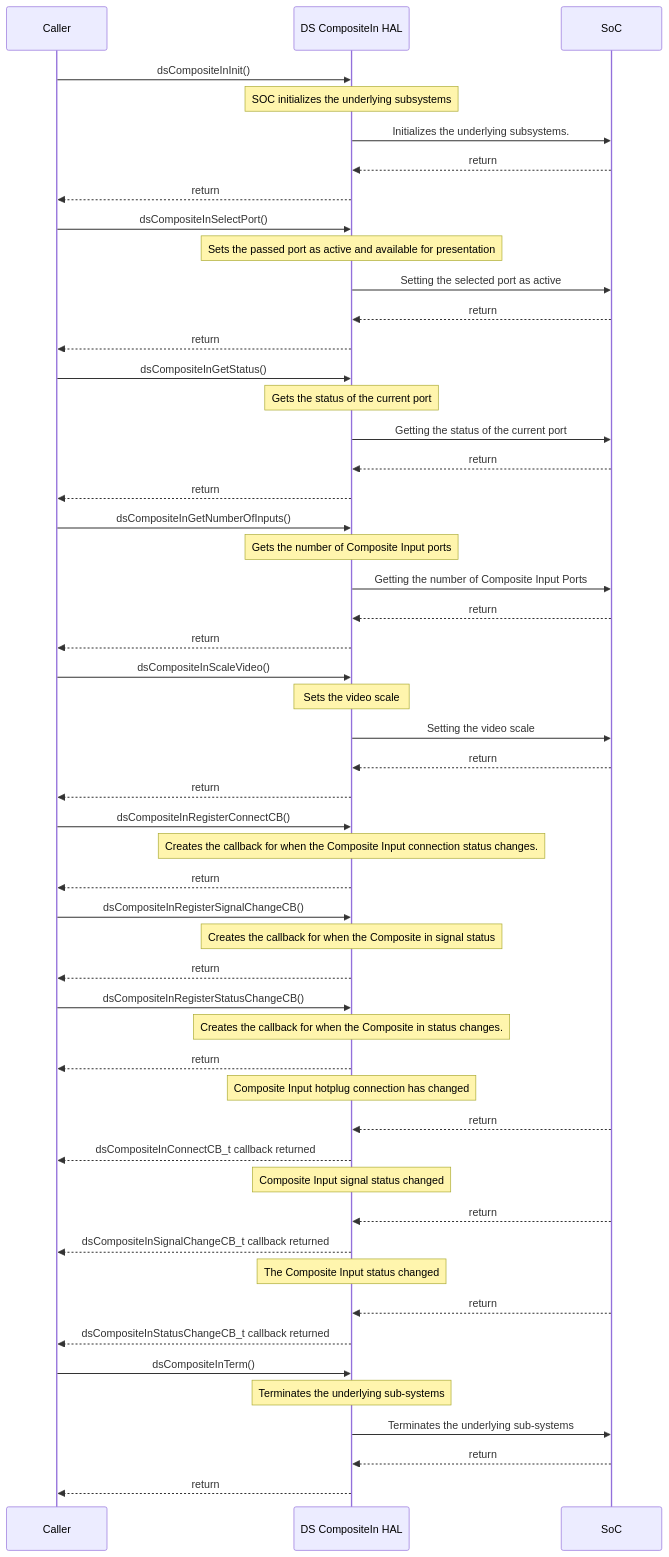
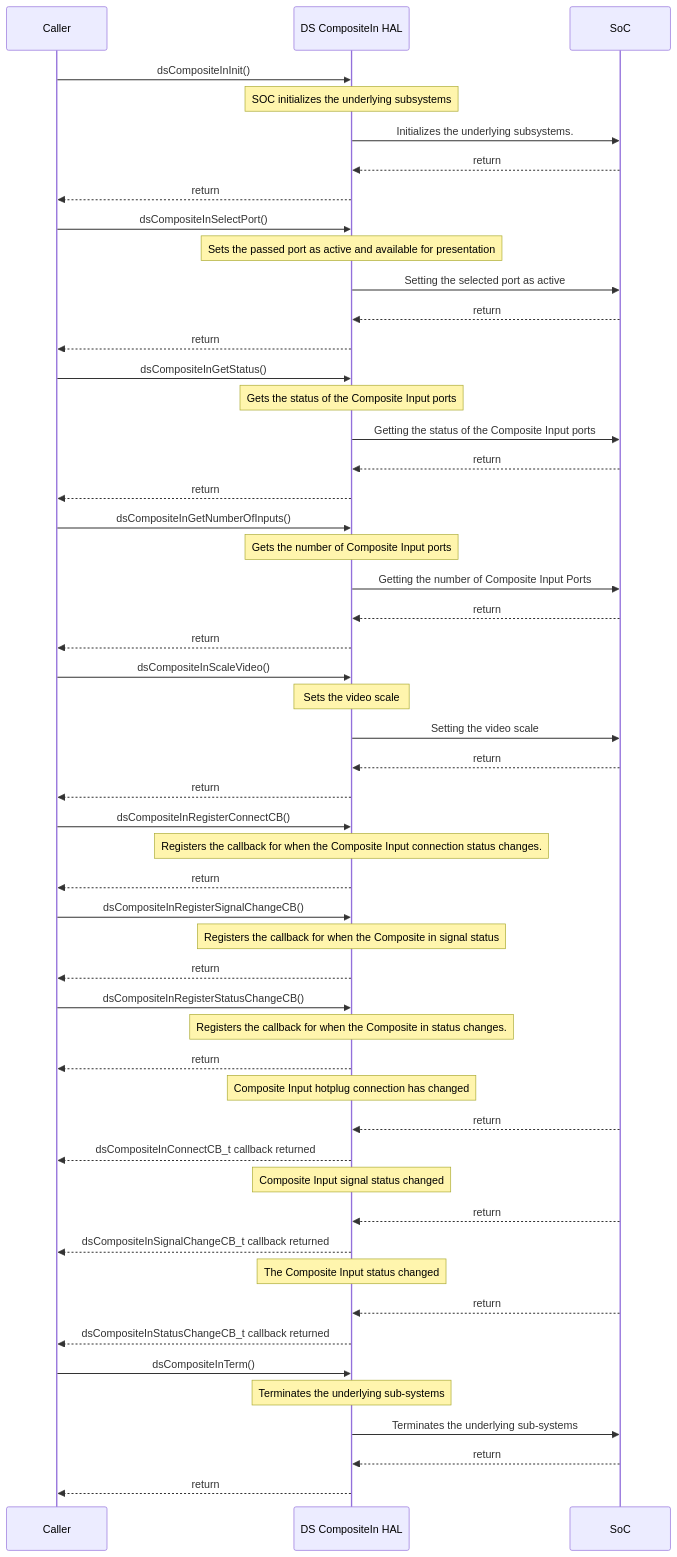
Before and after one commit to rdkcentral/rdk-halif-device_settings: the second of 2 diagrams in docs/pages/ds-composite-in_halSpec.md, drawn with Mermaid. The commit also changed other lines of this file and 1 other file, not shown here.

Commit message:
Update dsCompositeIn.h based on review comments

````diff
--- a/docs/pages/ds-composite-in_halSpec.md
+++ b/docs/pages/ds-composite-in_halSpec.md
@@ -173,55 +173,55 @@
 ```mermaid
 %%{ init : { "theme" : "default", "flowchart" : { "curve" : "stepBefore" }}}%%
    sequenceDiagram
     participant Caller as Caller
     participant HAL as DS CompositeIn HAL
     participant Driver as SoC
     Caller->>HAL:dsCompositeInInit()
     Note over HAL: SOC initializes the underlying subsystems
     HAL->>Driver:Initializes the underlying subsystems.
     Driver-->>HAL:return
     HAL-->>Caller:return
     Caller->>HAL:dsCompositeInSelectPort()
     Note over HAL: Sets the passed port as active and available for presentation
     HAL->>Driver:Setting the selected port as active
     Driver-->>HAL:return
     HAL-->>Caller:return
     Caller->>HAL:dsCompositeInGetStatus()
-    Note over HAL: Gets the status of the current port
-    HAL->>Driver:Getting the status of the current port
+    Note over HAL: Gets the status of the Composite Input ports
+    HAL->>Driver:Getting the status of the Composite Input ports
     Driver-->>HAL:return
     HAL-->>Caller:return
     Caller->>HAL:dsCompositeInGetNumberOfInputs()
     Note over HAL: Gets the number of Composite Input ports
     HAL->>Driver:Getting the number of Composite Input Ports
     Driver-->>HAL:return
     HAL-->>Caller:return
     Caller->>HAL:dsCompositeInScaleVideo()
     Note over HAL: Sets the video scale
     HAL->>Driver:Setting the video scale
     Driver-->>HAL:return
     HAL-->>Caller:return
     Caller->>HAL:dsCompositeInRegisterConnectCB()
-    Note over HAL: Creates the callback for when the Composite Input connection status changes.
+    Note over HAL: Registers the callback for when the Composite Input connection status changes.
     HAL-->>Caller:return
     Caller->>HAL:dsCompositeInRegisterSignalChangeCB()
-    Note over HAL: Creates the callback for when the Composite in signal status 
+    Note over HAL: Registers the callback for when the Composite in signal status 
     HAL-->>Caller:return
     Caller->>HAL:dsCompositeInRegisterStatusChangeCB()
-    Note over HAL: Creates the callback for when the Composite in status changes.
+    Note over HAL: Registers the callback for when the Composite in status changes.
     HAL-->>Caller:return
     Note over HAL: Composite Input hotplug connection has changed
     Driver-->>HAL:return
     HAL-->>Caller:dsCompositeInConnectCB_t callback returned
     Note over HAL: Composite Input signal status changed
     Driver-->>HAL:return
     HAL-->>Caller:dsCompositeInSignalChangeCB_t callback returned
     Note over HAL: The Composite Input status changed
     Driver-->>HAL:return
     HAL-->>Caller:dsCompositeInStatusChangeCB_t callback returned
     Caller ->>HAL:dsCompositeInTerm()
     Note over HAL: Terminates the underlying sub-systems
     HAL->>Driver:Terminates the underlying sub-systems
     Driver-->>HAL:return
     HAL-->>Caller:return
  ```
````
